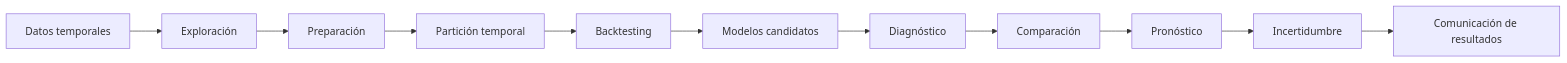
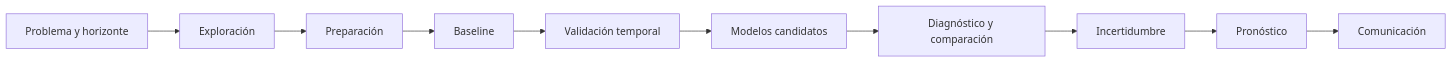
The diagram in README.md (Wilsonsr/Series-de-Tiempo), drawn with Mermaid before and after one commit. The commit also changed other lines of this file and 234 other files, not shown here.

````diff
--- a/README.md
+++ b/README.md
@@ -39,13 +34,12 @@
 ```mermaid
 flowchart LR
-    A[Datos temporales] --> B[Exploración]
-    B --> C[Preparación]
-    C --> D[Partición temporal]
-    D --> E[Backtesting]
-    E --> F[Modelos candidatos]
-    F --> G[Diagnóstico]
-    G --> H[Comparación]
-    H --> I[Pronóstico]
-    I --> J[Incertidumbre]
-    J --> K[Comunicación de resultados]
+    A["Problema y horizonte"] --> B["Exploración"]
+    B --> C["Preparación"]
+    C --> D["Baseline"]
+    D --> E["Validación temporal"]
+    E --> F["Modelos candidatos"]
+    F --> G["Diagnóstico y comparación"]
+    G --> H["Incertidumbre"]
+    H --> I["Pronóstico"]
+    I --> J["Comunicación"]
 ```
````
